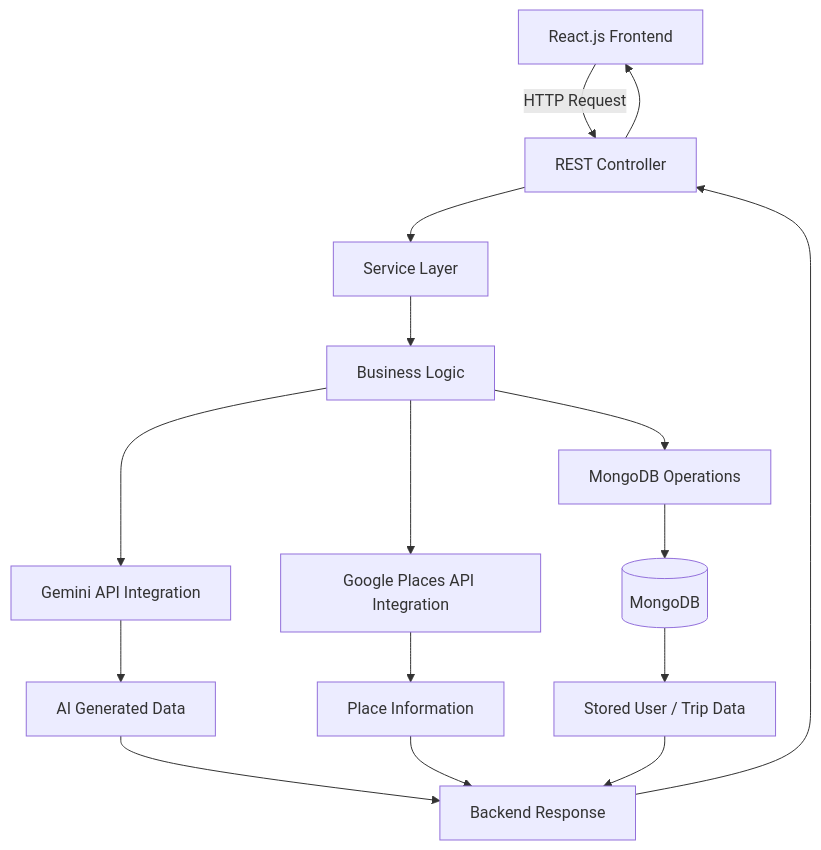
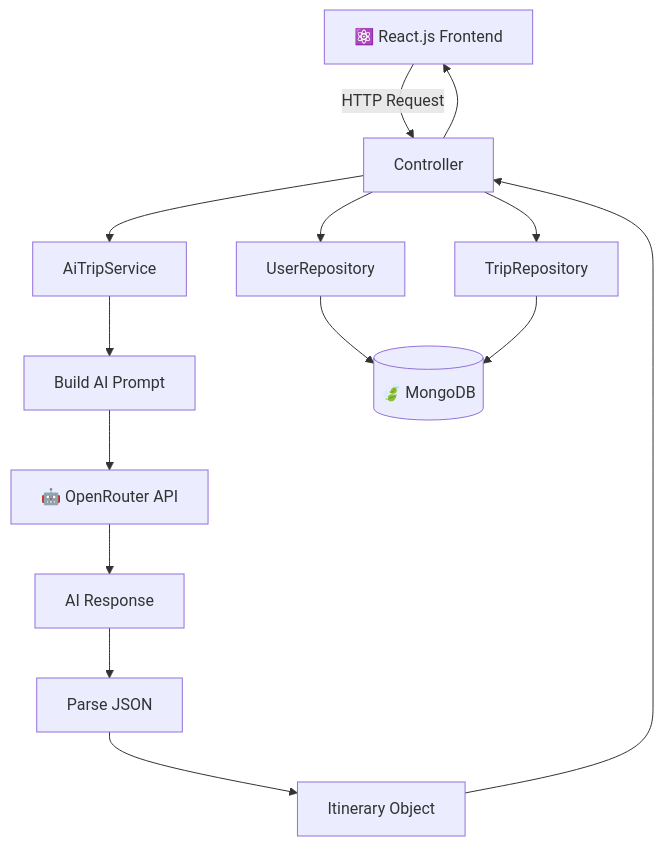
One commit to prashantmane1207/AI-Based-Trip-Planner changed the third of 4 diagrams in README.md. Above: the diagram before and after it, drawn with Mermaid. The commit also changed other lines of this file, not shown here.

````diff
--- a/README.md
+++ b/README.md
@@ -162,35 +109,27 @@
 ```mermaid
 flowchart TD
+    F[⚛️ React.js Frontend]
+        -->|HTTP Request| C[Controller]
 
-    A[React.js Frontend]
+    C --> S[AiTripService]
 
-    A -->|HTTP Request| B[REST Controller]
+    S --> P[Build AI Prompt]
 
-    B --> C[Service Layer]
+    P --> A[🤖 OpenRouter API]
 
-    C --> D[Business Logic]
+    A --> R[AI Response]
 
-    D --> E[Gemini API Integration]
+    R --> J[Parse JSON]
 
-    D --> F[Google Places API Integration]
+    J --> I[Itinerary Object]
 
-    D --> G[MongoDB Operations]
+    I --> C
 
-    G --> H[(MongoDB)]
+    C --> UR[UserRepository]
+    C --> TR[TripRepository]
 
-    E --> I[AI Generated Data]
+    UR --> DB[(🍃 MongoDB)]
+    TR --> DB
 
-    F --> J[Place Information]
-
-    H --> K[Stored User / Trip Data]
-
-    I --> L[Backend Response]
-
-    J --> L
-
-    K --> L
-
-    L --> B
-
-    B --> A
+    C --> F
 ```
````
